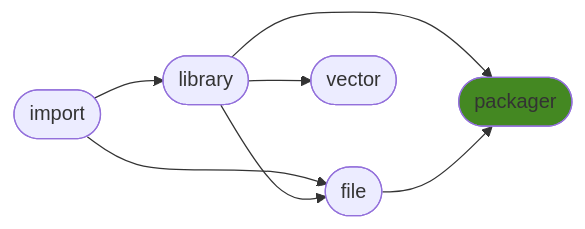
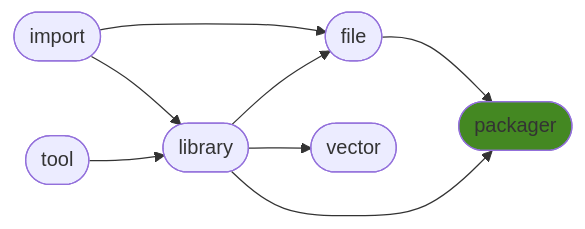
One commit to ManderaGeneral/generalpackager changed the diagram in README.md. Above: the diagram before and after it, drawn with Mermaid. The commit also changed other lines of this file, not shown here.

Commit message:
[CI AUTO] Publish triggered by generaltool

````diff
--- a/README.md
+++ b/README.md
@@ -24,15 +24,17 @@
 ```mermaid
 flowchart LR
-1([library]) --> 3([vector])
-1([library]) --> 4([packager])
-0([import]) --> 2([file])
-1([library]) --> 2([file])
-0([import]) --> 1([library])
-2([file]) --> 4([packager])
+3([file]) --> 5([packager])
+0([import]) --> 3([file])
+2([library]) --> 3([file])
+2([library]) --> 4([vector])
+2([library]) --> 5([packager])
+1([tool]) --> 2([library])
+0([import]) --> 2([library])
 click 0 "https://github.com/ManderaGeneral/generalimport"
-click 1 "https://github.com/ManderaGeneral/generallibrary"
-click 2 "https://github.com/ManderaGeneral/generalfile"
-click 3 "https://github.com/ManderaGeneral/generalvector"
-click 4 "https://github.com/ManderaGeneral/generalpackager"
-style 4 fill:#482
+click 1 "https://github.com/ManderaGeneral/generaltool"
+click 2 "https://github.com/ManderaGeneral/generallibrary"
+click 3 "https://github.com/ManderaGeneral/generalfile"
+click 4 "https://github.com/ManderaGeneral/generalvector"
+click 5 "https://github.com/ManderaGeneral/generalpackager"
+style 5 fill:#482
 ```
````
